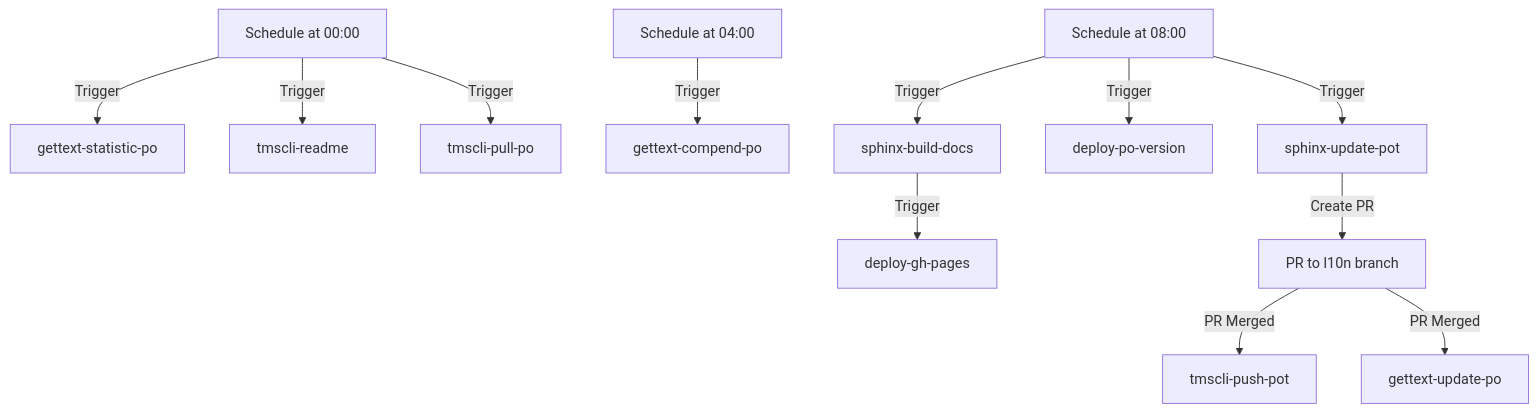
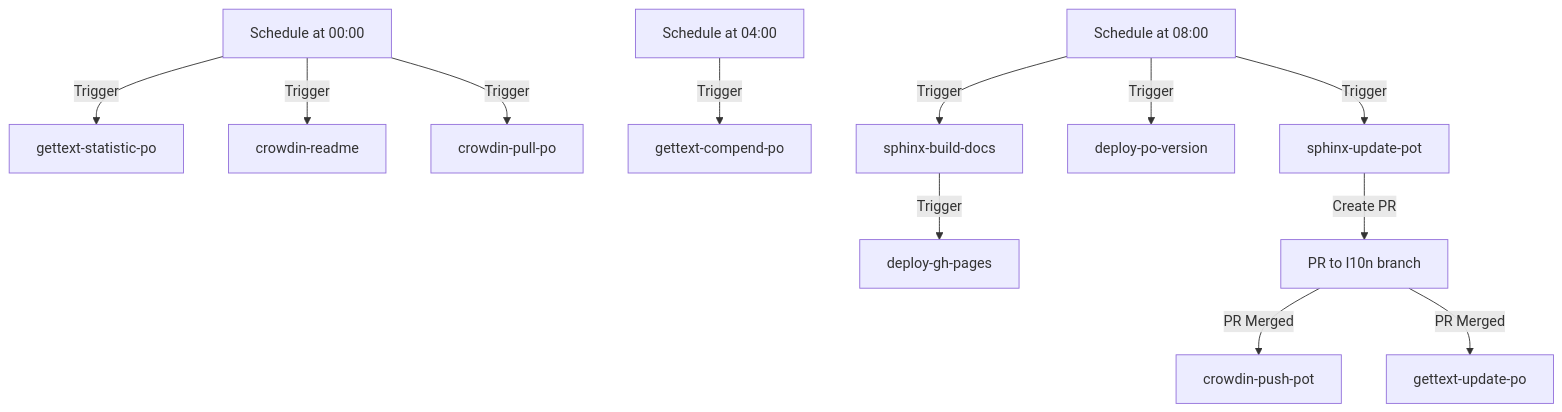
The first of 3 diagrams in MERMAID.md (hwhsu1231/cmake-docs-l10n-v7), drawn with Mermaid before and after one commit. The commit also changed other lines of this file and 8 other files, not shown here.

````diff
--- a/MERMAID.md
+++ b/MERMAID.md
@@ -4,17 +4,17 @@
 ```mermaid
 graph TD
     A[Schedule at 00:00]
     A -->|Trigger| B[gettext-statistic-po]
-    A -->|Trigger| C[tmscli-readme]
-    A -->|Trigger| D[tmscli-pull-po]
+    A -->|Trigger| C[crowdin-readme]
+    A -->|Trigger| D[crowdin-pull-po]
 
     E[Schedule at 04:00] -->|Trigger| F[gettext-compend-po]
 
     H[Schedule at 08:00]
     H -->|Trigger| I[sphinx-build-docs] -->|Trigger| J[deploy-gh-pages]
     H -->|Trigger| G[deploy-po-version]
     H -->|Trigger| K[sphinx-update-pot]
     K -->|Create PR| L[PR to l10n branch]
-    L -->|PR Merged| M[tmscli-push-pot]
+    L -->|PR Merged| M[crowdin-push-pot]
     L -->|PR Merged| N[gettext-update-po]
 ```
````
